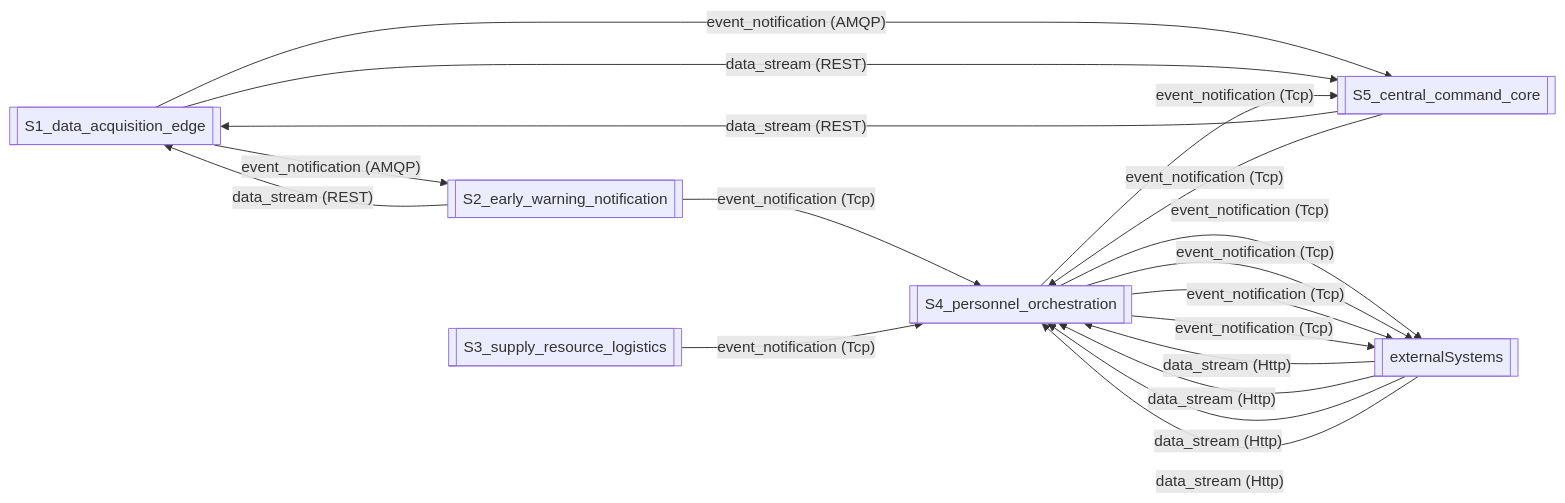
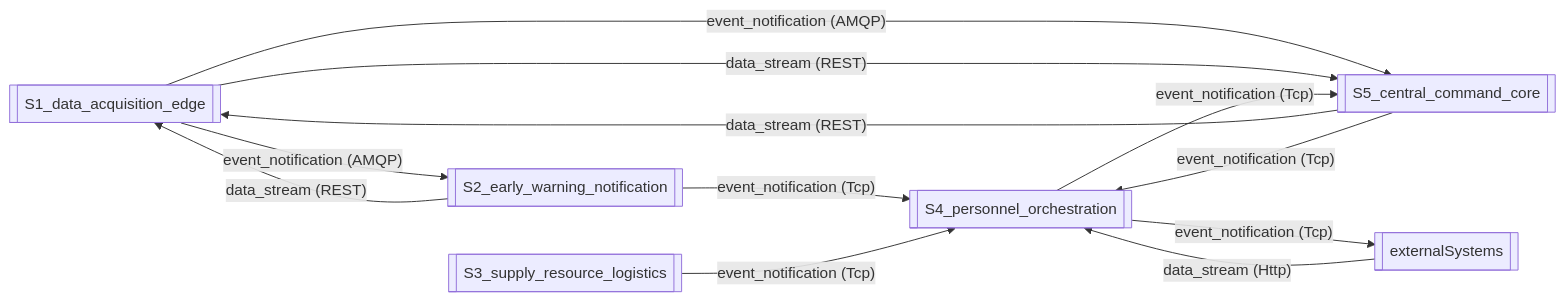
The first of 7 diagrams in diagrams.md (Sreyeso/NERCMS-LSSA), drawn with Mermaid before and after one commit. The commit also changed 4 other files, not shown here.

````diff
--- a/diagrams.md
+++ b/diagrams.md
@@ -5,27 +5,21 @@
 ```mermaid
 graph LR
     S1_data_acquisition_edge[[S1_data_acquisition_edge]]
     S2_early_warning_notification[[S2_early_warning_notification]]
     S3_supply_resource_logistics[[S3_supply_resource_logistics]]
     S4_personnel_orchestration[[S4_personnel_orchestration]]
     externalSystems[[externalSystems]]
     S5_central_command_core[[S5_central_command_core]]
 
     S1_data_acquisition_edge -- "event_notification (AMQP)" --> S2_early_warning_notification
     S1_data_acquisition_edge -- "event_notification (AMQP)" --> S5_central_command_core
     S1_data_acquisition_edge -- "data_stream (REST)" --> S5_central_command_core
     S5_central_command_core -- "data_stream (REST)" --> S1_data_acquisition_edge
     S2_early_warning_notification -- "data_stream (REST)" --> S1_data_acquisition_edge
     S2_early_warning_notification -- "event_notification (Tcp)" --> S4_personnel_orchestration
     S5_central_command_core -- "event_notification (Tcp)" --> S4_personnel_orchestration
     S4_personnel_orchestration -- "event_notification (Tcp)" --> S5_central_command_core
     S3_supply_resource_logistics -- "event_notification (Tcp)" --> S4_personnel_orchestration
     externalSystems -- "data_stream (Http)" --> S4_personnel_orchestration
-    externalSystems -- "data_stream (Http)" --> S4_personnel_orchestration
-    externalSystems -- "data_stream (Http)" --> S4_personnel_orchestration
-    externalSystems -- "data_stream (Http)" --> S4_personnel_orchestration
-    S4_personnel_orchestration -- "event_notification (Tcp)" --> externalSystems
-    S4_personnel_orchestration -- "event_notification (Tcp)" --> externalSystems
-    S4_personnel_orchestration -- "event_notification (Tcp)" --> externalSystems
     S4_personnel_orchestration -- "event_notification (Tcp)" --> externalSystems
 ```
````
